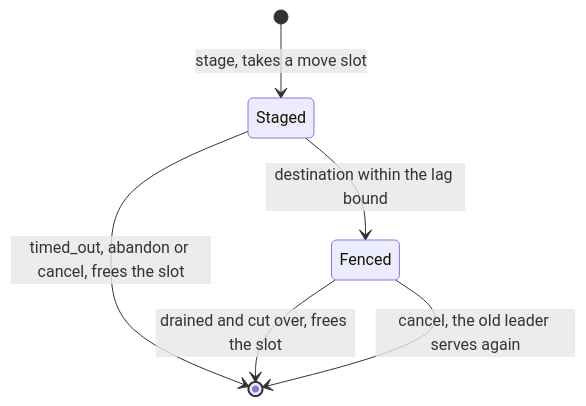
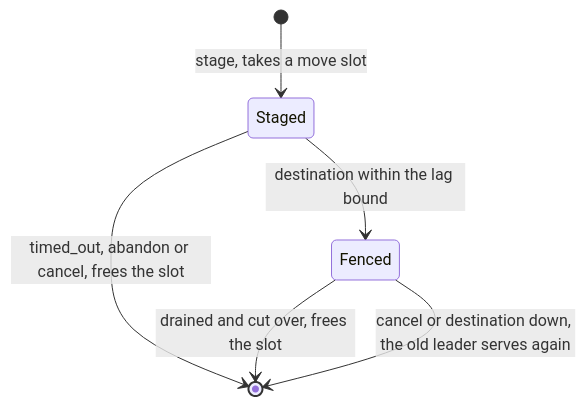
One commit to GetFelix/felix changed the second of 2 diagrams in docs-site/src/content/docs/deployment/scaling.md. Above: the diagram before and after it, drawn with Mermaid. The commit also changed other lines of this file and 8 other files, not shown here.

First line of the commit message:
fix(placement): give a fenced shard back when its destination dies, and hold balancing while the cluster recovers (#1808)

````diff
--- a/docs-site/src/content/docs/deployment/scaling.md
+++ b/docs-site/src/content/docs/deployment/scaling.md
@@ -211,8 +231,8 @@
 ```mermaid
 stateDiagram-v2
     [*] --> Staged: stage, takes a move slot
     Staged --> Fenced: destination within the lag bound
     Staged --> [*]: timed_out, abandon or cancel, frees the slot
     Fenced --> [*]: drained and cut over, frees the slot
-    Fenced --> [*]: cancel, the old leader serves again
+    Fenced --> [*]: cancel or destination down, the old leader serves again
 ```
````
